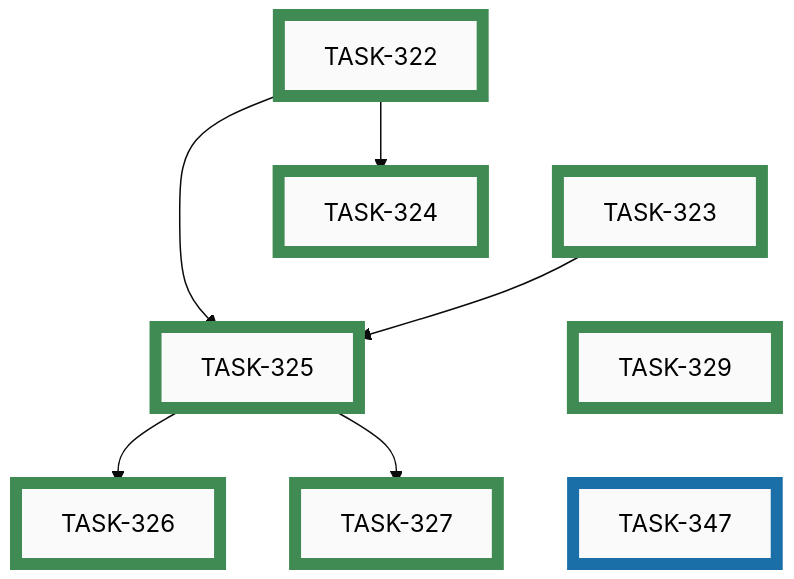
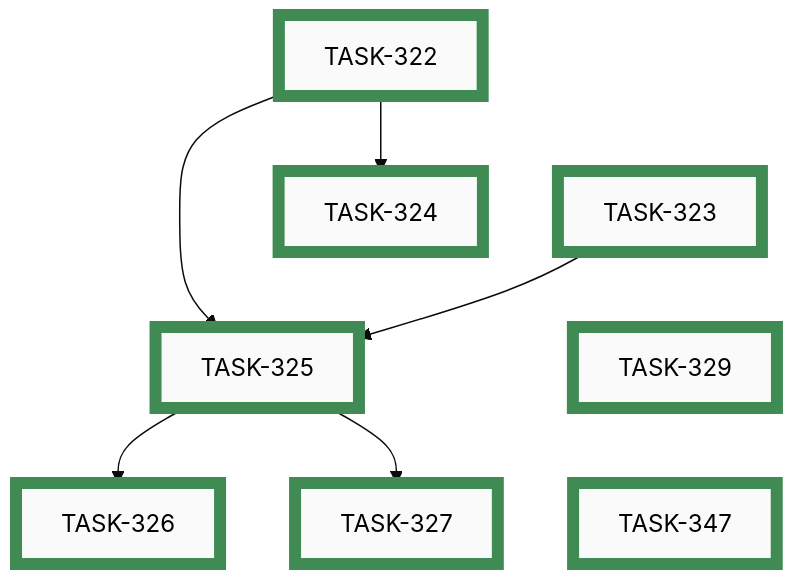
The seventh of 10 diagrams in docs/developers/tasks/EPICS.md (tgd1975/AwesomeStudioPedal), drawn with Mermaid (base theme) before and after one commit. The commit also changed other lines of this file and 15 other files, not shown here.

First line of the commit message:
close TASK-347: fix /commit + commit-pathspec.sh rename and deletion handling

````diff
--- a/docs/developers/tasks/EPICS.md
+++ b/docs/developers/tasks/EPICS.md
@@ -245,33 +245,33 @@
 ```mermaid
 graph TD
-    TASK_347["TASK-347"]:::active
     TASK_322["TASK-322"]:::closed
     TASK_323["TASK-323"]:::closed
     TASK_324["TASK-324"]:::closed
     TASK_325["TASK-325"]:::closed
     TASK_326["TASK-326"]:::closed
     TASK_327["TASK-327"]:::closed
     TASK_329["TASK-329"]:::closed
+    TASK_347["TASK-347"]:::closed
     TASK_322 --> TASK_324
     TASK_322 --> TASK_325
     TASK_323 --> TASK_325
     TASK_325 --> TASK_326
     TASK_325 --> TASK_327
     TASK_322 ~~~ TASK_323 ~~~ TASK_329 ~~~ TASK_347
-    click TASK_347 "active/task-347-fix-commit-rename-and-deletion-handling.md"
     click TASK_322 "closed/task-322-decide-commit-provenance-and-bypass-mechanism.md"
     click TASK_323 "closed/task-323-convert-commit-skill-to-pathspec-form.md"
     click TASK_324 "closed/task-324-update-claudemd-and-add-commit-policy-page.md"
     click TASK_325 "closed/task-325-implement-precommit-hook-enforcement.md"
     click TASK_326 "closed/task-326-route-other-commit-skills-through-commit.md"
     click TASK_327 "closed/task-327-decide-partial-hunk-policy.md"
     click TASK_329 "closed/task-329-drop-auto-git-add-from-commit-pathspec.md"
+    click TASK_347 "closed/task-347-fix-commit-rename-and-deletion-handling.md"
     classDef open    fill:#FAFAFA,stroke:#555,stroke-width:8px,color:#000
     classDef active  fill:#FAFAFA,stroke:#1A6FA8,stroke-width:8px,color:#000
     classDef closed  fill:#FAFAFA,stroke:#3F8B53,stroke-width:8px,color:#000
     classDef paused  fill:#FAFAFA,stroke:#B07810,stroke-width:8px,color:#000
     classDef openExt    fill:#000,stroke:#888,stroke-width:8px,color:#FFF
     classDef activeExt  fill:#000,stroke:#3FA9F5,stroke-width:8px,color:#FFF
     classDef closedExt  fill:#000,stroke:#7CC68A,stroke-width:8px,color:#FFF
     classDef pausedExt  fill:#000,stroke:#F0B030,stroke-width:8px,color:#FFF
 ```
````
